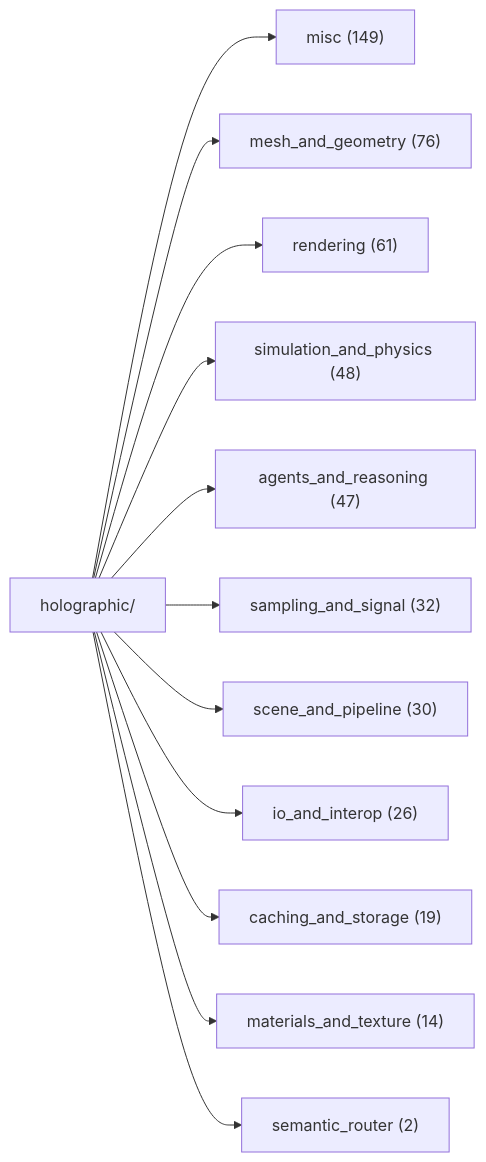
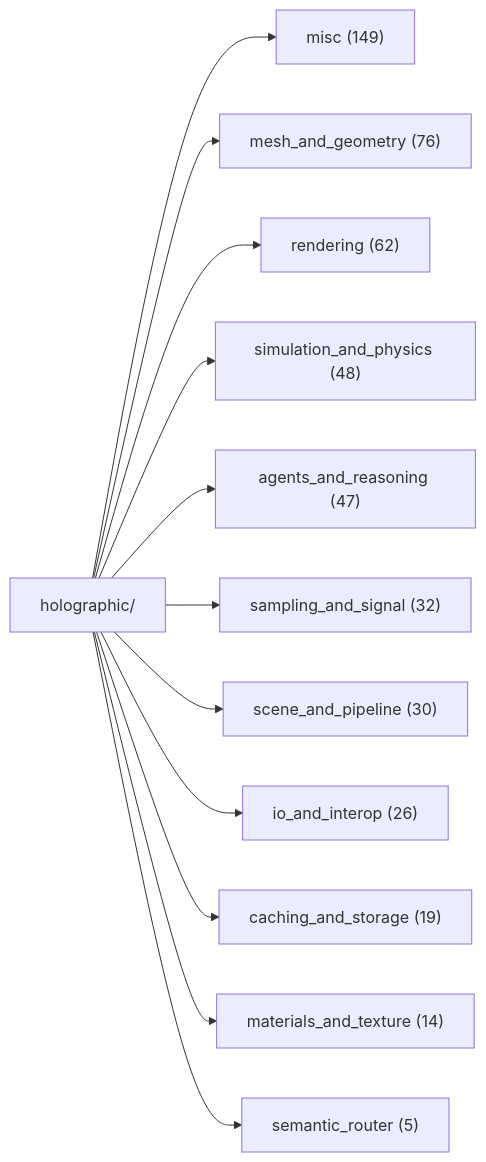
Before and after one commit to AnOversizedMooseWithSocks/leCore: the first of 2 diagrams in docs/DOC_MAP.md, drawn with Mermaid. The commit also changed other lines of this file and 5 other files, not shown here.

````diff
--- a/docs/DOC_MAP.md
+++ b/docs/DOC_MAP.md
@@ -22,15 +22,15 @@
 ```mermaid
 graph LR
     H[holographic/]
     H --> misc["misc (149)"]
     H --> mesh["mesh_and_geometry (76)"]
-    H --> rend["rendering (61)"]
+    H --> rend["rendering (62)"]
     H --> simu["simulation_and_physics (48)"]
     H --> agen["agents_and_reasoning (47)"]
     H --> samp["sampling_and_signal (32)"]
     H --> scen["scene_and_pipeline (30)"]
     H --> io_a["io_and_interop (26)"]
     H --> cach["caching_and_storage (19)"]
     H --> mate["materials_and_texture (14)"]
-    H --> sema["semantic_router (2)"]
+    H --> sema["semantic_router (5)"]
 ```
````
